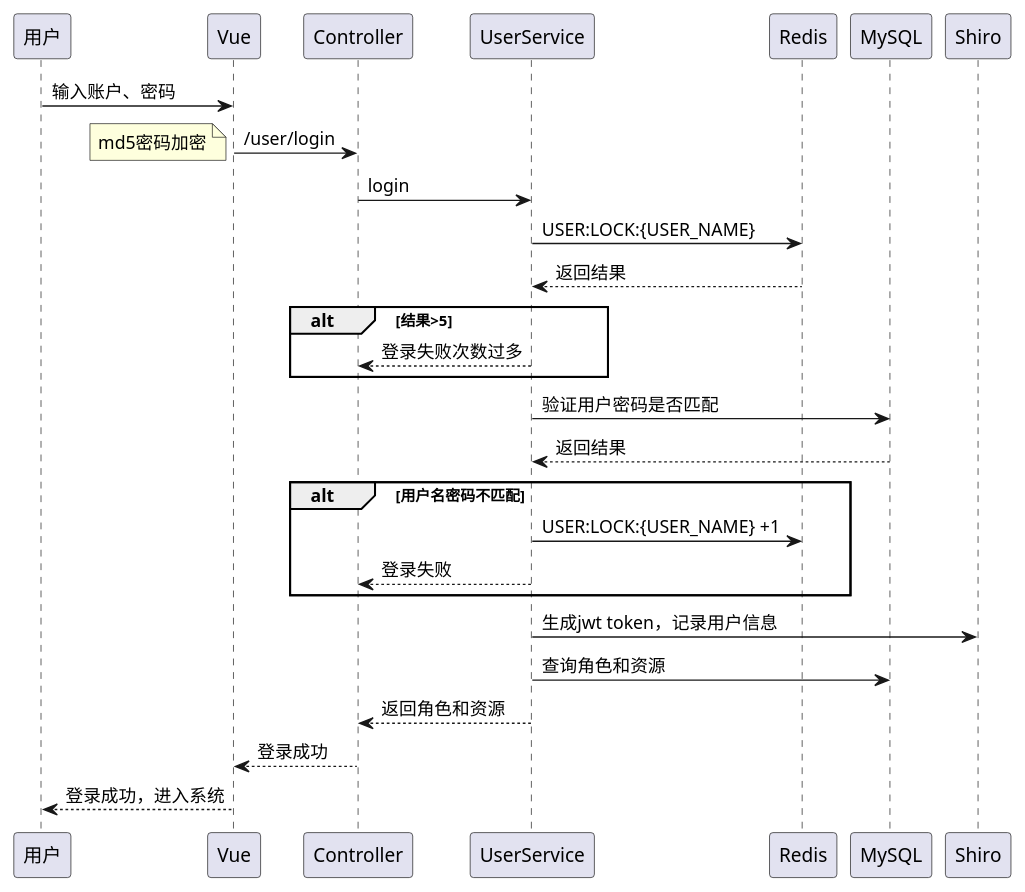
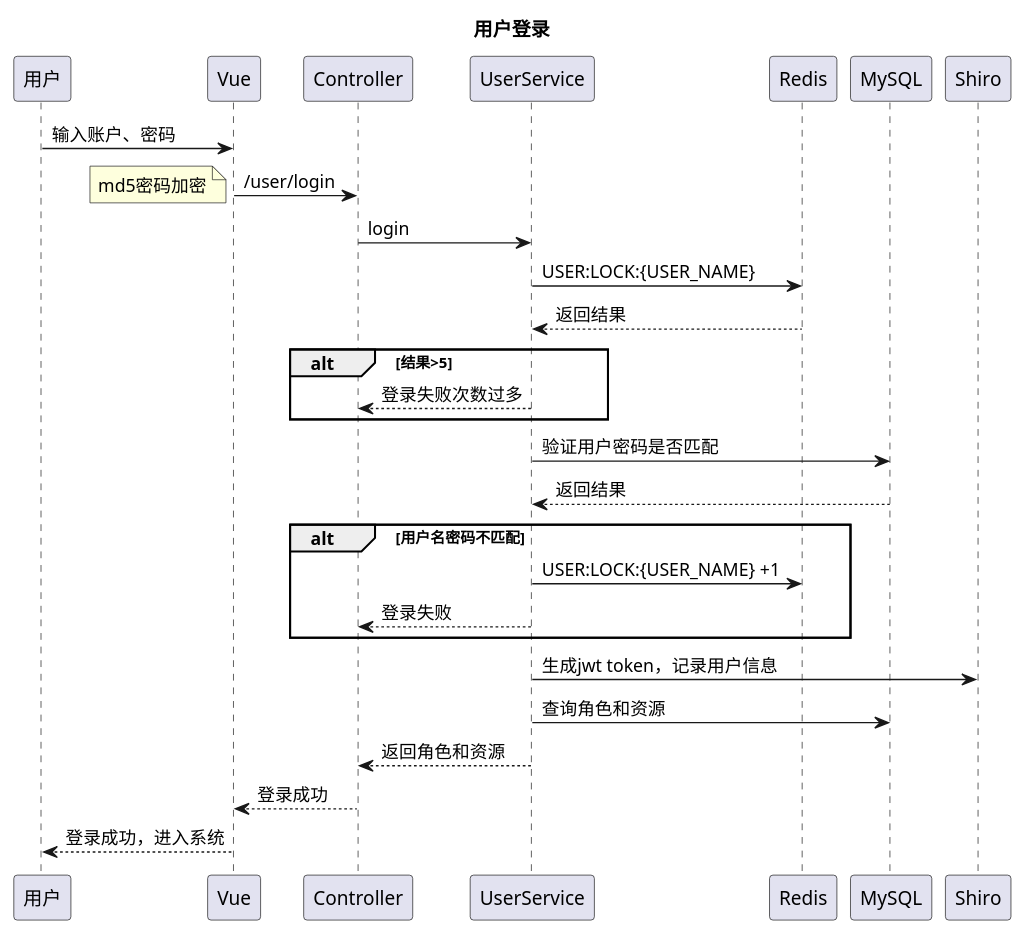
Before and after one commit to cmgun/B-Recycle: the diagram in docs/时序图/用户登录.puml, drawn with PlantUML. The commit also changed 17 other files, not shown here.

```diff
--- a/docs/时序图/用户登录.puml
+++ b/docs/时序图/用户登录.puml
@@ -1,27 +1,28 @@
 @startuml
 'https://plantuml.com/sequence-diagram
+title 用户登录
 
 用户 -> Vue : 输入账户、密码
 Vue -> Controller : /user/login
 note left
 md5密码加密
 end note
 Controller -> UserService : login
 UserService -> Redis : USER:LOCK:{USER_NAME}
 UserService <-- Redis : 返回结果
 alt 结果>5
     UserService --> Controller : 登录失败次数过多
 end alt
 
 UserService -> MySQL : 验证用户密码是否匹配
 UserService <-- MySQL : 返回结果
 alt 用户名密码不匹配
     UserService -> Redis : USER:LOCK:{USER_NAME} +1
     UserService --> Controller : 登录失败
 end alt
 UserService -> Shiro : 生成jwt token，记录用户信息
 UserService -> MySQL : 查询角色和资源
 UserService --> Controller : 返回角色和资源
 Controller --> Vue : 登录成功
 Vue --> 用户 : 登录成功，进入系统
 @enduml
```
